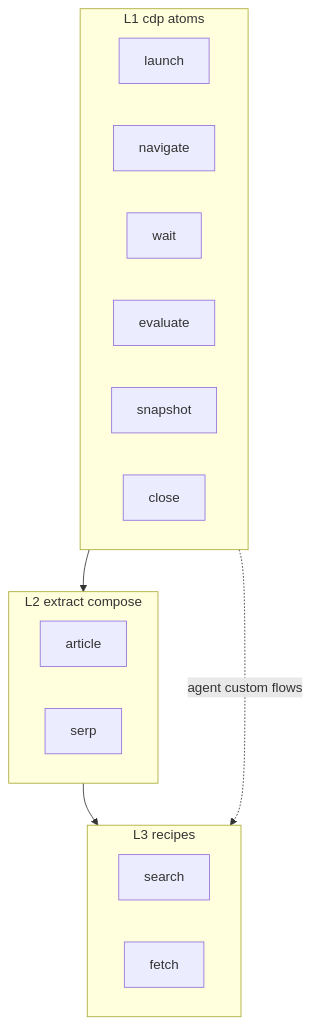
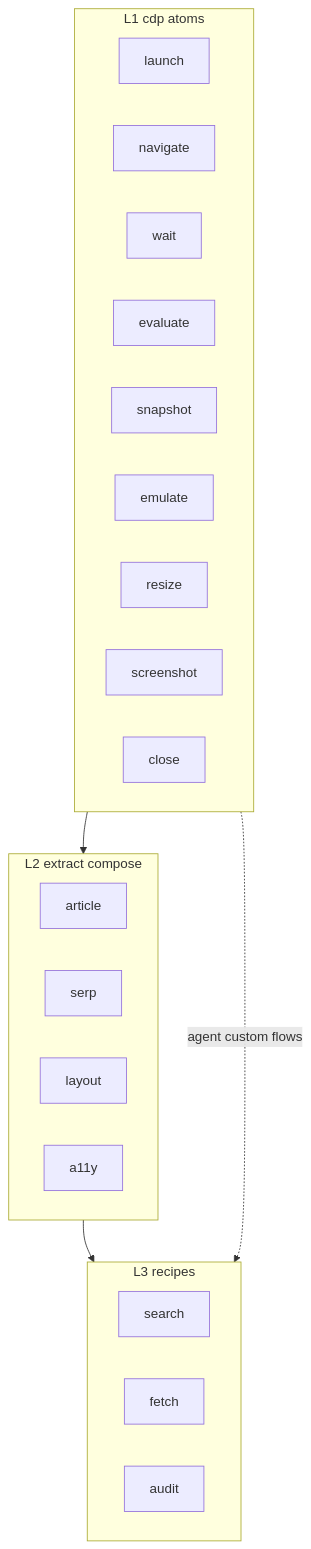
The diagram in AGENTS.md (litingyes/chrome-skills), drawn with Mermaid before and after one commit. The commit also changed other lines of this file and 1 other file, not shown here.

````diff
--- a/AGENTS.md
+++ b/AGENTS.md
@@ -40,22 +43,28 @@
 ```mermaid
 flowchart TB
     subgraph L1 [L1 cdp atoms]
         launch[launch]
         navigate[navigate]
         wait[wait]
         evaluate[evaluate]
         snapshot[snapshot]
+        emulate[emulate]
+        resize[resize]
+        screenshot[screenshot]
         close[close]
     end
     subgraph L2 [L2 extract compose]
         article[article]
         serp[serp]
+        layout[layout]
+        a11y[a11y]
     end
     subgraph L3 [L3 recipes]
         search[search]
         fetch[fetch]
+        audit[audit]
     end
     L1 --> L2
     L2 --> L3
     L1 -.->|"agent custom flows"| L3
 ```
````
